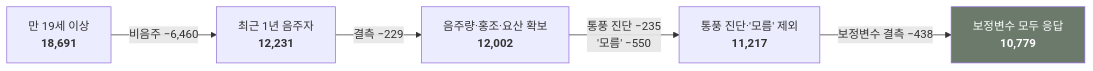
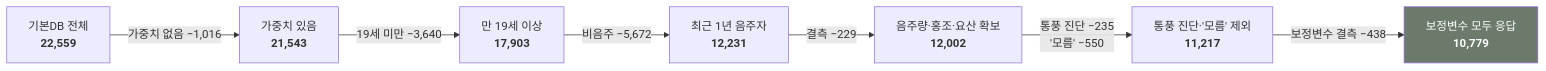
One commit to minkooks87/claude_26_damc changed the second of 2 diagrams in README.md. Above: the diagram before and after it, drawn with Mermaid. The commit also changed other lines of this file and 2 other files, not shown here.

````diff
--- a/README.md
+++ b/README.md
@@ -108,8 +107,10 @@
 ```mermaid
 flowchart LR
-    A["만 19세 이상<br/><b>18,691</b>"] -- "비음주 −6,460" --> B["최근 1년 음주자<br/><b>12,231</b>"]
+    W["기본DB 전체<br/><b>22,559</b>"] -- "가중치 없음 −1,016" --> W2["가중치 있음<br/><b>21,543</b>"]
+    W2 -- "19세 미만 −3,640" --> A["만 19세 이상<br/><b>17,903</b>"]
+    A -- "비음주 −5,672" --> B["최근 1년 음주자<br/><b>12,231</b>"]
     B -- "결측 −229" --> C["음주량·홍조·요산 확보<br/><b>12,002</b>"]
     C -- "통풍 진단 −235<br/>'모름' −550" --> D["통풍 진단·'모름' 제외<br/><b>11,217</b>"]
     D -- "보정변수 결측 −438" --> E["보정변수 모두 응답<br/><b>10,779</b>"]
     style E fill:#6b7a6b,color:#fff
 ```
````
